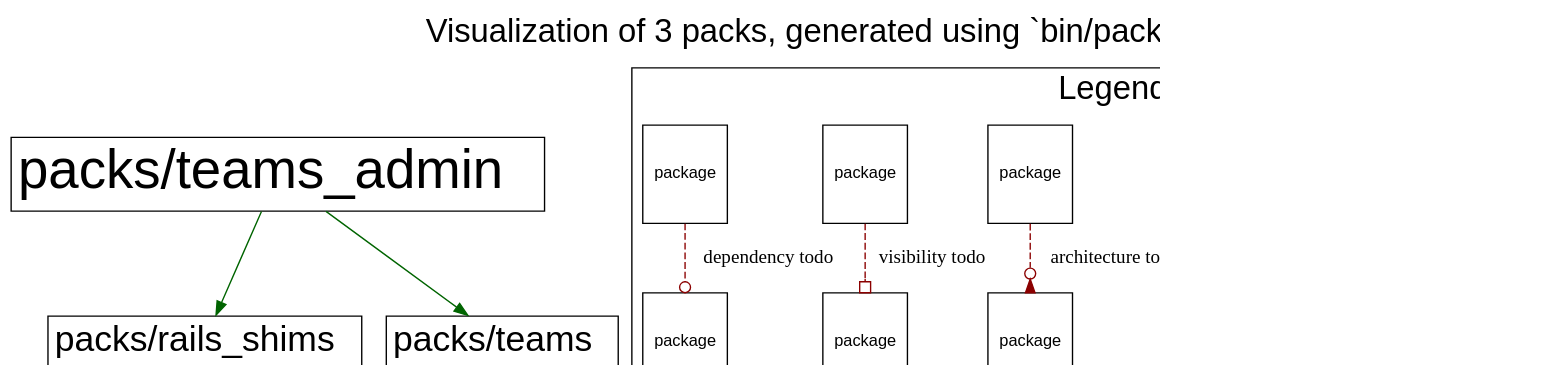
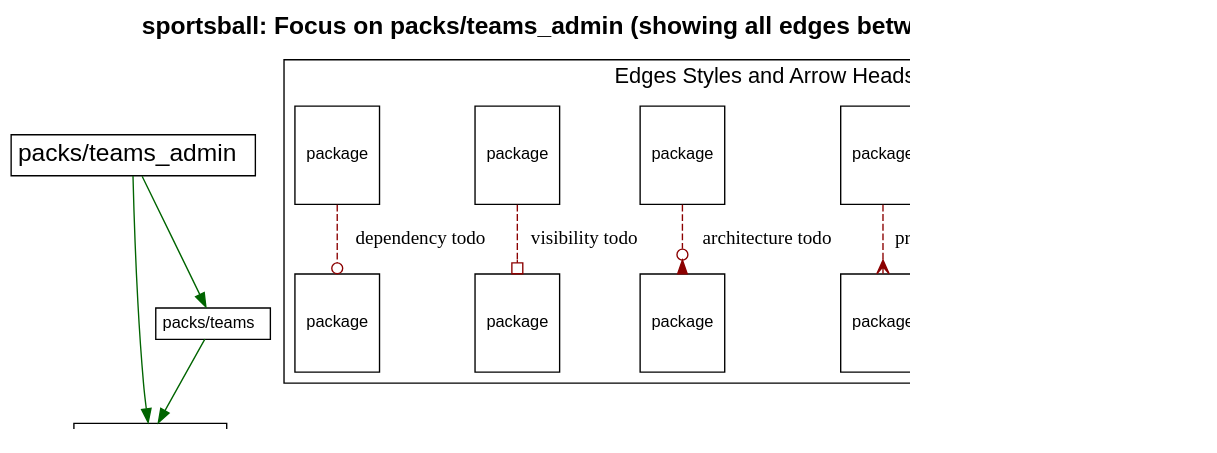
One commit to shageman/package-based-rails-applications-book changed the diagram in c4s01/sportsball/packs/teams_admin/packs.dot. Above: the diagram before and after it, drawn with Graphviz. The commit also changed 3077 other files, not shown here.

Commit message:
Better graphs from updated visualize_packwerk

```diff
--- a/c4s01/sportsball/packs/teams_admin/packs.dot
+++ b/c4s01/sportsball/packs/teams_admin/packs.dot
@@ -1,90 +1,84 @@
 digraph package_diagram {
   rankdir=TD
-
   graph [
     labelloc="t"
     fontname="Helvetica,Arial,sans-serif"
     dpi=100
     layout=dot
-    label="Visualization of 3 packs, generated using `bin/packs`",
-    fontsize=24
+    label=<<b>sportsball: Focus on packs/teams_admin (showing all edges between visible packs)</b>>
+    fontsize=18
   ]
   node [
     fontname="Helvetica,Arial,sans-serif"
     fontsize=26.0
     fontcolor=black
     fillcolor=white
     color=black
     height=1.0
     style=filled
     shape=plain
   ]
-
     subgraph NotInLayer {
       shape=box
       color=darkgrey
       fillcolor=lightblue
       style=filled
-
-
+        cluster=false
         "packs/teams_admin" [
-            fontsize=40.0
-              URL="https://github.com/shageman/package-based-rails-applications-book/tree/main/c4s07/sportsball/packs/teams_admin"
-            label=               <
+            fontsize=18.0
+            label= <
                 <table border='0' cellborder='1' cellspacing='0' cellpadding='4'>
                   <tr> <td align='left'> packs/teams_admin </td> </tr>
                 </table>
               >
           ]
-
+        
         "packs/rails_shims" [
-            fontsize=26.0
-              URL="https://github.com/shageman/package-based-rails-applications-book/tree/main/c4s07/sportsball/packs/rails_shims"
-            label=               <
+            fontsize=12.0
+            label= <
                 <table border='0' cellborder='1' cellspacing='0' cellpadding='4'>
                   <tr> <td align='left'> packs/rails_shims </td> </tr>
                 </table>
               >
           ]
-
+        
         "packs/teams" [
-            fontsize=26.0
-              URL="https://github.com/shageman/package-based-rails-applications-book/tree/main/c4s07/sportsball/packs/teams"
-            label=               <
+            fontsize=12.0
+            label= <
                 <table border='0' cellborder='1' cellspacing='0' cellpadding='4'>
                   <tr> <td align='left'> packs/teams </td> </tr>
                 </table>
               >
           ]
-
+        
     }
-
-          "packs/teams_admin" -> "packs/rails_shims" [
-            color=darkgreen
-          ]
-          "packs/teams_admin" -> "packs/teams" [
-            color=darkgreen
-          ]
-
-
+          "packs/teams_admin" -> "packs/rails_shims" [ color=darkgreen ]
+          "packs/teams_admin" -> "packs/teams" [ color=darkgreen ]
+          "packs/teams" -> "packs/rails_shims" [ color=darkgreen ]
   subgraph cluster_legend {
-    label="Legend"
-
+    fontsize=16
+    label="Edges Styles and Arrow Heads"
     A [ fontsize=12 shape=box label="package"]
     B [ fontsize=12 shape=box label="package"]
     C [ fontsize=12 shape=box label="package"]
     D [ fontsize=12 shape=box label="package"]
     E [ fontsize=12 shape=box label="package"]
     F [ fontsize=12 shape=box label="package"]
     G [ fontsize=12 shape=box label="package"]
     H [ fontsize=12 shape=box label="package"]
     I [ fontsize=12 shape=box label="package"]
     J [ fontsize=12 shape=box label="package"]
-
     A -> B [label="accepted dependency" color=darkgreen]
     C -> D [label="privac todo" color=darkred style=dashed arrowhead=crow]
     E -> F [label="architecture todo" color=darkred style=dashed arrowhead=invodot]
     G -> H [label="visibility todo" color=darkred style=dashed arrowhead=obox]
     I -> J [label="dependency todo" color=darkred style=dashed arrowhead=odot]
   }
+  subgraph cluster_teams_legend {
+    fontsize=16
+    label="Team Colors"
+
+
+  }
+  J -> "" [style=invis]
 }
```
